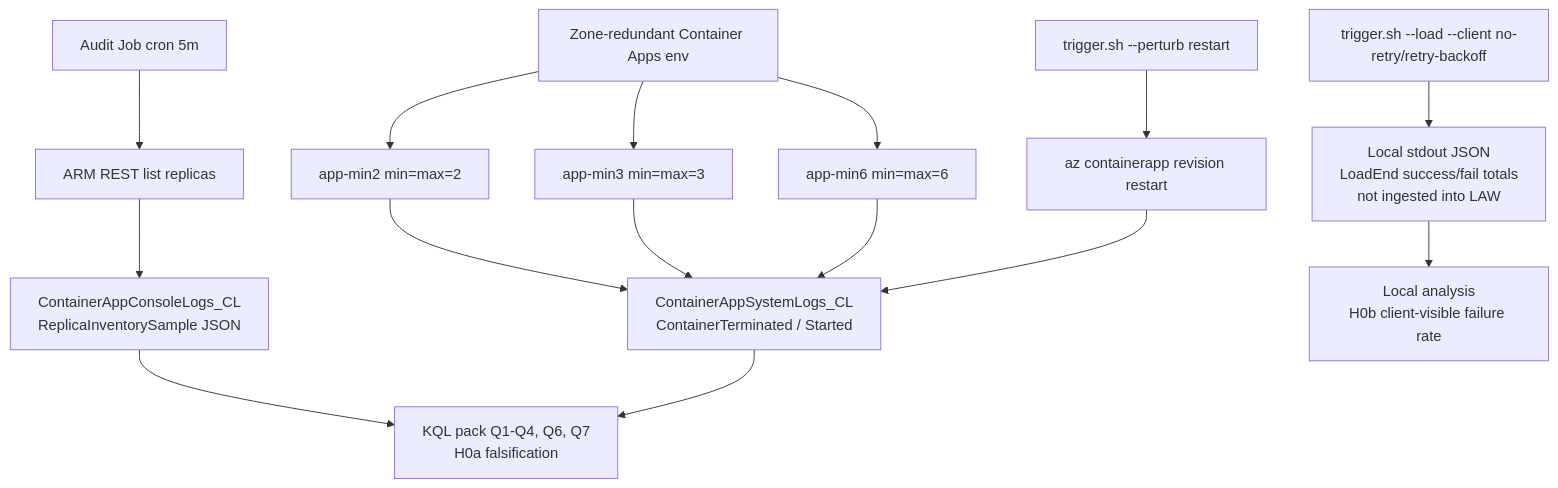
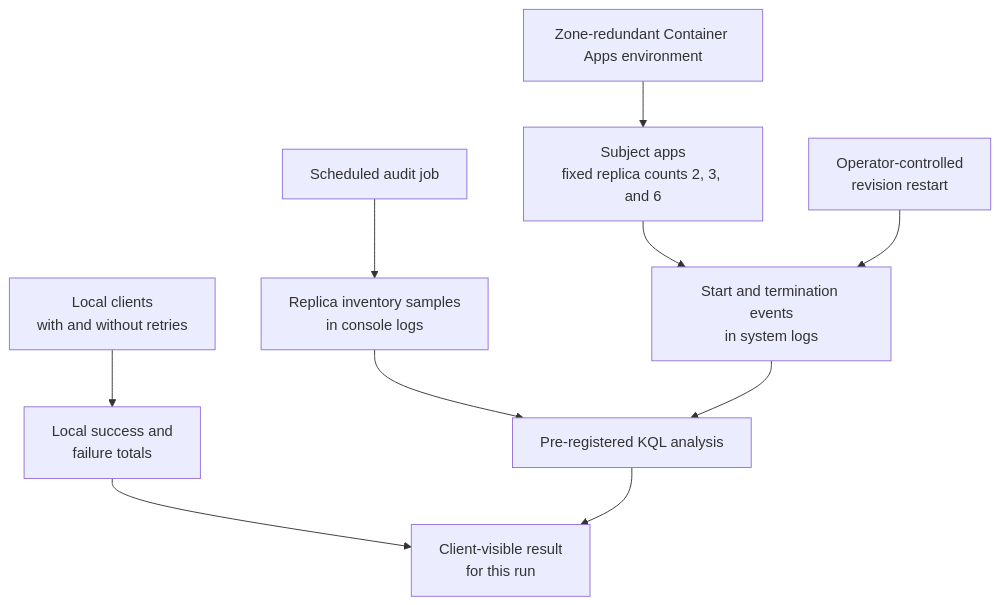
The diagram in docs/troubleshooting/lab-guides/zone-redundancy-best-effort.md (yeongseon/azure-container-apps-practical-guide), drawn with Mermaid before and after one commit. The commit also changed other lines of this file and 25 other files, not shown here.

Commit message:
docs(diagrams): migrate lab guide diagrams (#624)

````diff
--- a/docs/troubleshooting/lab-guides/zone-redundancy-best-effort.md
+++ b/docs/troubleshooting/lab-guides/zone-redundancy-best-effort.md
@@ -62,17 +62,12 @@
 ```mermaid
 flowchart TD
-    A[Zone-redundant Container Apps env] --> B[app-min2 min=max=2]
-    A --> C[app-min3 min=max=3]
-    A --> D[app-min6 min=max=6]
-    E[Audit Job cron 5m] --> F[ARM REST list replicas]
-    F --> G[ContainerAppConsoleLogs_CL<br/>ReplicaInventorySample JSON]
-    B --> H[ContainerAppSystemLogs_CL<br/>ContainerTerminated / Started]
-    C --> H
-    D --> H
-    I[trigger.sh --perturb restart] --> J[az containerapp revision restart]
-    J --> H
-    K[trigger.sh --load --client no-retry/retry-backoff] --> L[Local stdout JSON<br/>LoadEnd success/fail totals<br/>not ingested into LAW]
-    G --> M[KQL pack Q1-Q4, Q6, Q7<br/>H0a falsification]
-    H --> M
-    L --> N[Local analysis<br/>H0b client-visible failure rate]
+    ENV["Zone-redundant Container Apps environment"] --> APPS["Subject apps<br/>fixed replica counts 2, 3, and 6"]
+    APPS --> SYSTEM["Start and termination events<br/>in system logs"]
+    AUDIT["Scheduled audit job"] --> INVENTORY["Replica inventory samples<br/>in console logs"]
+    PERTURB["Operator-controlled<br/>revision restart"] --> SYSTEM
+    LOAD["Local clients<br/>with and without retries"] --> CLIENT["Local success and<br/>failure totals"]
+    INVENTORY --> ANALYSIS["Pre-registered KQL analysis"]
+    SYSTEM --> ANALYSIS
+    CLIENT --> VERDICT["Client-visible result<br/>for this run"]
+    ANALYSIS --> VERDICT
 ```
````
